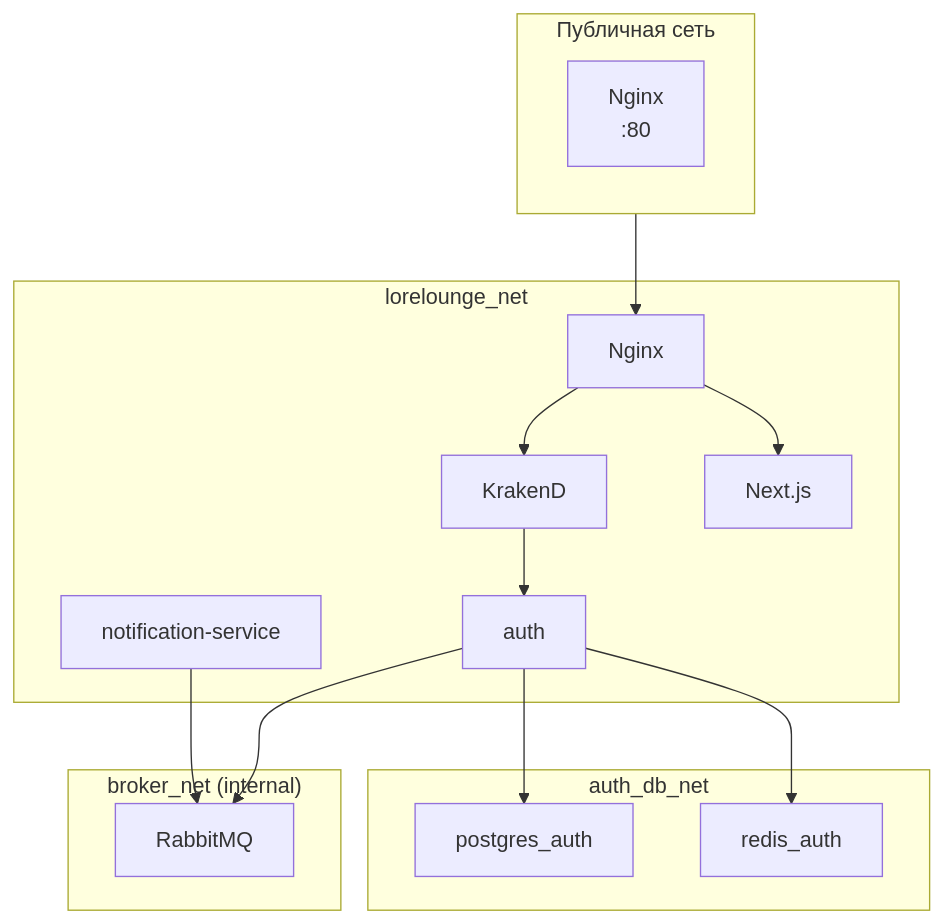
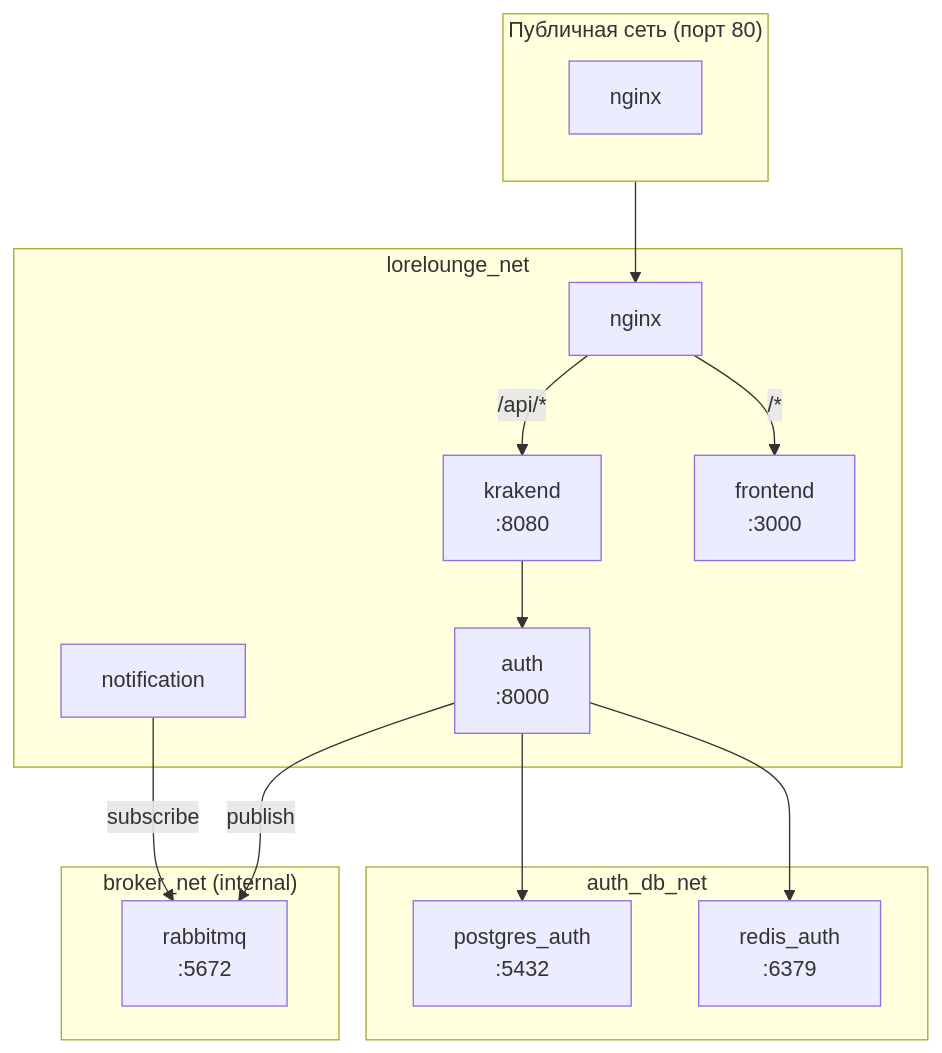
One commit to mindcoree/LoreLounge changed the second of 5 diagrams in docs/architecture.md. Above: the diagram before and after it, drawn with Mermaid. The commit also changed other lines of this file and 1 other file, not shown here.

````diff
--- a/docs/architecture.md
+++ b/docs/architecture.md
@@ -46,32 +79,32 @@
 ```mermaid
 flowchart TB
-    subgraph Public["Публичная сеть"]
-        NginxP["Nginx<br/>:80"]
+    subgraph Public["Публичная сеть (порт 80)"]
+        NginxP["nginx"]
     end
 
     subgraph Lorelounge["lorelounge_net"]
-        Nginx["Nginx"]
-        KrakenD["KrakenD"]
-        NextJS["Next.js"]
-        Auth["auth"]
-        Notif["notification-service"]
+        Nginx["nginx"]
+        KrakenD["krakend<br/>:8080"]
+        NextJS["frontend<br/>:3000"]
+        Auth["auth<br/>:8000"]
+        Notif["notification"]
     end
 
     subgraph AuthDB["auth_db_net"]
-        PGA["postgres_auth"]
-        RDSA["redis_auth"]
+        PGA["postgres_auth<br/>:5432"]
+        RDSA["redis_auth<br/>:6379"]
     end
 
     subgraph Broker["broker_net (internal)"]
-        RMQ["RabbitMQ"]
+        RMQ["rabbitmq<br/>:5672"]
     end
 
     Public --> Nginx
-    Nginx --> KrakenD
-    Nginx --> NextJS
+    Nginx -->|"/*"| NextJS
+    Nginx -->|"/api/*"| KrakenD
     KrakenD --> Auth
-    Auth --> RMQ
-    Notif --> RMQ
+    Auth -->|"publish"| RMQ
+    Notif -->|"subscribe"| RMQ
     Auth --> PGA
     Auth --> RDSA
 ```
````
